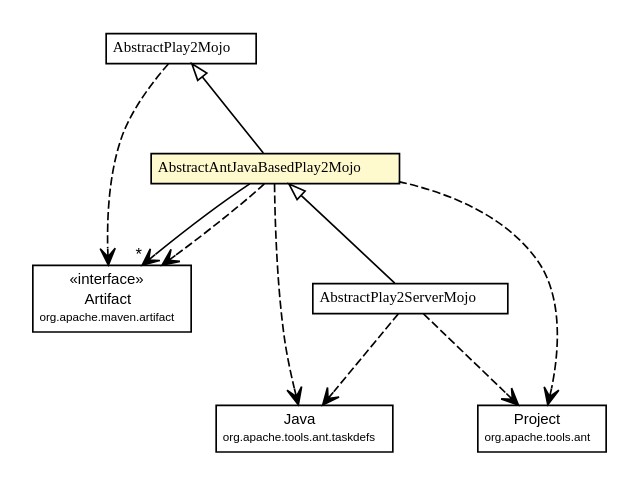
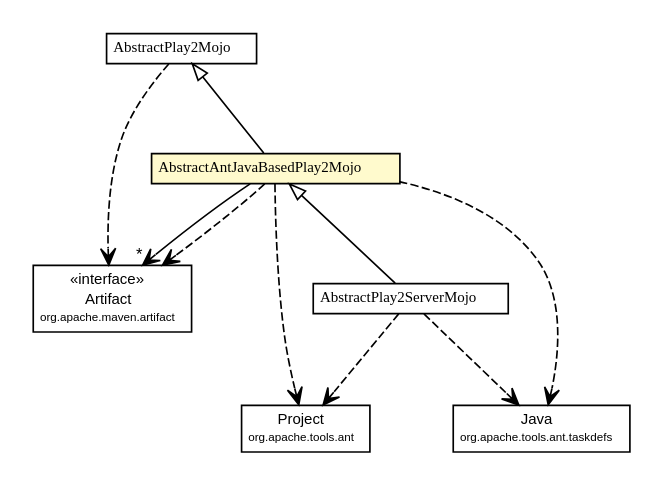
One commit to wouterhardeman/play2-maven-plugin changed the diagram in mavensite/1.0.0-alpha6/play2-maven-plugin/apidocs/com/google/code/play2/plugin/AbstractAntJavaBasedPlay2Mojo.dot. Above: the diagram before and after it, drawn with Graphviz. The commit also changed 431 other files, not shown here.

```diff
--- a/mavensite/1.0.0-alpha6/play2-maven-plugin/apidocs/com/google/code/play2/plugin/AbstractAntJavaBasedPlay2Mojo.dot
+++ b/mavensite/1.0.0-alpha6/play2-maven-plugin/apidocs/com/google/code/play2/plugin/AbstractAntJavaBasedPlay2Mojo.dot
@@ -1,70 +1,70 @@
 #!/usr/local/bin/dot
 #
 # Class diagram 
 # Generated by UMLGraph version R5_6-24-gf6e263 (http://www.umlgraph.org/)
 #
 
 digraph G {
 	edge [fontname="arial",fontsize=10,labelfontname="arial",labelfontsize=10];
 	node [fontname="arial",fontsize=10,shape=plaintext];
 	nodesep=0.25;
 	ranksep=0.5;
 	// com.google.code.play2.plugin.AbstractPlay2ServerMojo
 	c79 [label=<<table title="com.google.code.play2.plugin.AbstractPlay2ServerMojo" border="0" cellborder="1" cellspacing="0" cellpadding="2" port="p" href="./AbstractPlay2ServerMojo.html">
 		<tr><td><table border="0" cellspacing="0" cellpadding="1">
 <tr><td align="center" balign="center"><font face="arial italic"> AbstractPlay2ServerMojo </font></td></tr>
 		</table></td></tr>
 		</table>>, URL="./AbstractPlay2ServerMojo.html", fontname="arial", fontcolor="black", fontsize=9.0];
 	// com.google.code.play2.plugin.AbstractPlay2Mojo
 	c91 [label=<<table title="com.google.code.play2.plugin.AbstractPlay2Mojo" border="0" cellborder="1" cellspacing="0" cellpadding="2" port="p" href="./AbstractPlay2Mojo.html">
 		<tr><td><table border="0" cellspacing="0" cellpadding="1">
 <tr><td align="center" balign="center"><font face="arial italic"> AbstractPlay2Mojo </font></td></tr>
 		</table></td></tr>
 		</table>>, URL="./AbstractPlay2Mojo.html", fontname="arial", fontcolor="black", fontsize=9.0];
 	// com.google.code.play2.plugin.AbstractAntJavaBasedPlay2Mojo
 	c103 [label=<<table title="com.google.code.play2.plugin.AbstractAntJavaBasedPlay2Mojo" border="0" cellborder="1" cellspacing="0" cellpadding="2" port="p" bgcolor="lemonChiffon" href="./AbstractAntJavaBasedPlay2Mojo.html">
 		<tr><td><table border="0" cellspacing="0" cellpadding="1">
 <tr><td align="center" balign="center"><font face="arial italic"> AbstractAntJavaBasedPlay2Mojo </font></td></tr>
 		</table></td></tr>
 		</table>>, URL="./AbstractAntJavaBasedPlay2Mojo.html", fontname="arial", fontcolor="black", fontsize=9.0];
 	//com.google.code.play2.plugin.AbstractPlay2ServerMojo extends com.google.code.play2.plugin.AbstractAntJavaBasedPlay2Mojo
 	c103:p -> c79:p [dir=back,arrowtail=empty];
 	//com.google.code.play2.plugin.AbstractAntJavaBasedPlay2Mojo extends com.google.code.play2.plugin.AbstractPlay2Mojo
 	c91:p -> c103:p [dir=back,arrowtail=empty];
 	// com.google.code.play2.plugin.AbstractAntJavaBasedPlay2Mojo NAVASSOC org.apache.maven.artifact.Artifact
 	c103:p -> c146:p [taillabel="", label="", headlabel="*", fontname="arial", fontcolor="black", fontsize=10.0, color="black", arrowhead=open];
+	// com.google.code.play2.plugin.AbstractPlay2ServerMojo DEPEND org.apache.tools.ant.Project
+	c79:p -> c160:p [taillabel="", label="", headlabel="", fontname="arial", fontcolor="black", fontsize=10.0, color="black", arrowhead=open, style=dashed];
 	// com.google.code.play2.plugin.AbstractPlay2ServerMojo DEPEND org.apache.tools.ant.taskdefs.Java
-	c79:p -> c162:p [taillabel="", label="", headlabel="", fontname="arial", fontcolor="black", fontsize=10.0, color="black", arrowhead=open, style=dashed];
-	// com.google.code.play2.plugin.AbstractPlay2ServerMojo DEPEND org.apache.tools.ant.Project
 	c79:p -> c179:p [taillabel="", label="", headlabel="", fontname="arial", fontcolor="black", fontsize=10.0, color="black", arrowhead=open, style=dashed];
 	// com.google.code.play2.plugin.AbstractPlay2Mojo DEPEND org.apache.maven.artifact.Artifact
 	c91:p -> c146:p [taillabel="", label="", headlabel="", fontname="arial", fontcolor="black", fontsize=10.0, color="black", arrowhead=open, style=dashed];
-	// com.google.code.play2.plugin.AbstractAntJavaBasedPlay2Mojo DEPEND org.apache.tools.ant.taskdefs.Java
-	c103:p -> c162:p [taillabel="", label="", headlabel="", fontname="arial", fontcolor="black", fontsize=10.0, color="black", arrowhead=open, style=dashed];
+	// com.google.code.play2.plugin.AbstractAntJavaBasedPlay2Mojo DEPEND org.apache.tools.ant.Project
+	c103:p -> c160:p [taillabel="", label="", headlabel="", fontname="arial", fontcolor="black", fontsize=10.0, color="black", arrowhead=open, style=dashed];
 	// com.google.code.play2.plugin.AbstractAntJavaBasedPlay2Mojo DEPEND org.apache.maven.artifact.Artifact
 	c103:p -> c146:p [taillabel="", label="", headlabel="", fontname="arial", fontcolor="black", fontsize=10.0, color="black", arrowhead=open, style=dashed];
-	// com.google.code.play2.plugin.AbstractAntJavaBasedPlay2Mojo DEPEND org.apache.tools.ant.Project
+	// com.google.code.play2.plugin.AbstractAntJavaBasedPlay2Mojo DEPEND org.apache.tools.ant.taskdefs.Java
 	c103:p -> c179:p [taillabel="", label="", headlabel="", fontname="arial", fontcolor="black", fontsize=10.0, color="black", arrowhead=open, style=dashed];
 	// org.apache.tools.ant.taskdefs.Java
-	c162 [label=<<table title="org.apache.tools.ant.taskdefs.Java" border="0" cellborder="1" cellspacing="0" cellpadding="2" port="p" href="http://maven-play-plugin.googlecode.com/svn/apidocs/org/apache/ant/ant/1.9.0/org/apache/tools/ant/taskdefs/Java.html">
+	c179 [label=<<table title="org.apache.tools.ant.taskdefs.Java" border="0" cellborder="1" cellspacing="0" cellpadding="2" port="p" href="http://maven-play-plugin.googlecode.com/svn/apidocs/org/apache/ant/ant/1.9.0/org/apache/tools/ant/taskdefs/Java.html">
 		<tr><td><table border="0" cellspacing="0" cellpadding="1">
 <tr><td align="center" balign="center"> Java </td></tr>
 <tr><td align="center" balign="center"><font point-size="7.0"> org.apache.tools.ant.taskdefs </font></td></tr>
 		</table></td></tr>
 		</table>>, URL="http://maven-play-plugin.googlecode.com/svn/apidocs/org/apache/ant/ant/1.9.0/org/apache/tools/ant/taskdefs/Java.html", fontname="arial", fontcolor="black", fontsize=9.0];
 	// org.apache.tools.ant.Project
-	c179 [label=<<table title="org.apache.tools.ant.Project" border="0" cellborder="1" cellspacing="0" cellpadding="2" port="p" href="http://maven-play-plugin.googlecode.com/svn/apidocs/org/apache/ant/ant/1.9.0/org/apache/tools/ant/Project.html">
+	c160 [label=<<table title="org.apache.tools.ant.Project" border="0" cellborder="1" cellspacing="0" cellpadding="2" port="p" href="http://maven-play-plugin.googlecode.com/svn/apidocs/org/apache/ant/ant/1.9.0/org/apache/tools/ant/Project.html">
 		<tr><td><table border="0" cellspacing="0" cellpadding="1">
 <tr><td align="center" balign="center"> Project </td></tr>
 <tr><td align="center" balign="center"><font point-size="7.0"> org.apache.tools.ant </font></td></tr>
 		</table></td></tr>
 		</table>>, URL="http://maven-play-plugin.googlecode.com/svn/apidocs/org/apache/ant/ant/1.9.0/org/apache/tools/ant/Project.html", fontname="arial", fontcolor="black", fontsize=9.0];
 	// org.apache.maven.artifact.Artifact
 	c146 [label=<<table title="org.apache.maven.artifact.Artifact" border="0" cellborder="1" cellspacing="0" cellpadding="2" port="p" href="http://maven.apache.org/ref/2.2.1/maven-artifact/apidocs/org/apache/maven/artifact/Artifact.html">
 		<tr><td><table border="0" cellspacing="0" cellpadding="1">
 <tr><td align="center" balign="center"> &#171;interface&#187; </td></tr>
 <tr><td align="center" balign="center"> Artifact </td></tr>
 <tr><td align="center" balign="center"><font point-size="7.0"> org.apache.maven.artifact </font></td></tr>
 		</table></td></tr>
 		</table>>, URL="http://maven.apache.org/ref/2.2.1/maven-artifact/apidocs/org/apache/maven/artifact/Artifact.html", fontname="arial", fontcolor="black", fontsize=9.0];
 }
```
